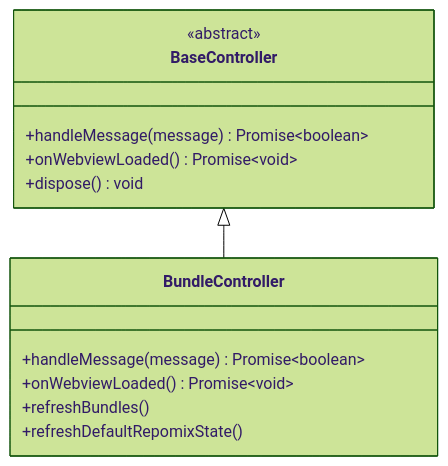
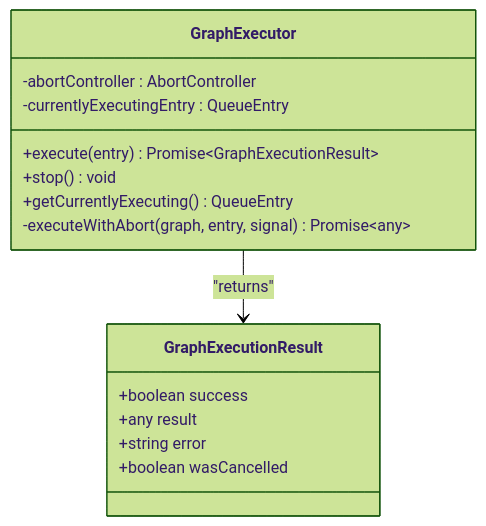
Diagram 12 of 15 in .qoder/repowiki/en/content/Webview Interface/Message Handling System.md (bramburn/repomix-runner), drawn with Mermaid (forest theme) before and after one commit. The commit also changed other lines of this file and 27 other files, not shown here.

````diff
--- a/.qoder/repowiki/en/content/Webview Interface/Message Handling System.md
+++ b/.qoder/repowiki/en/content/Webview Interface/Message Handling System.md
@@ -230,16 +876,18 @@
 ```mermaid
 classDiagram
-class BaseController {
-<<abstract>>
-+handleMessage(message) Promise~boolean~
-+onWebviewLoaded() Promise~void~
-+dispose() void
+class GraphExecutor {
+-abortController : AbortController
+-currentlyExecutingEntry : QueueEntry
++execute(entry) Promise~GraphExecutionResult~
++stop() void
++getCurrentlyExecuting() QueueEntry
+-executeWithAbort(graph, entry, signal) Promise~any~
 }
-class BundleController {
-+handleMessage(message) Promise~boolean~
-+onWebviewLoaded() Promise~void~
-+refreshBundles()
-+refreshDefaultRepomixState()
+class GraphExecutionResult {
++boolean success
++any result
++string error
++boolean wasCancelled
 }
-BaseController <|-- BundleController
+GraphExecutor --> GraphExecutionResult : "returns"
 ```
````
